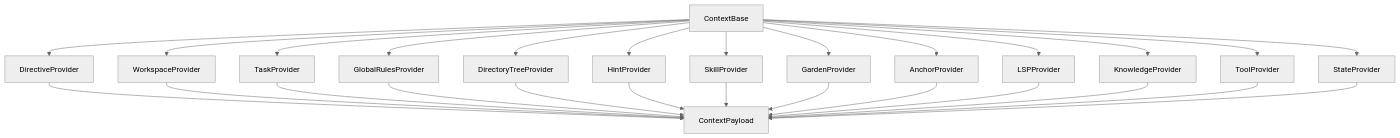
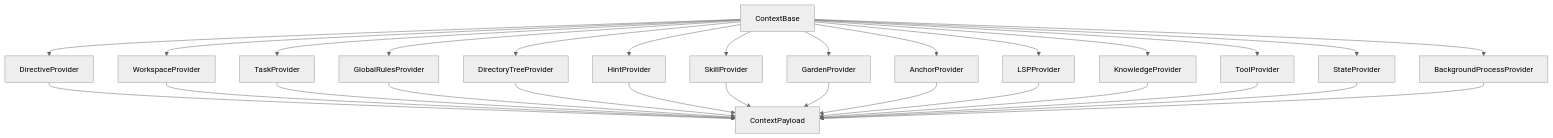
Before and after one commit to zc6600/aura: the diagram in docs/developer-guide/context-and-state.md, drawn with Mermaid (neutral theme). The commit also changed other lines of this file and 59 other files, not shown here.

Commit message:
chore: sync local codebase updates, daemon robustness fixes, diagrams, and tests

````diff
--- a/docs/developer-guide/context-and-state.md
+++ b/docs/developer-guide/context-and-state.md
@@ -54,30 +54,32 @@
 ```mermaid
 graph TD
     Base[ContextBase] --> DP[DirectiveProvider]
     Base --> WP[WorkspaceProvider]
     Base --> TK[TaskProvider]
     Base --> GRP[GlobalRulesProvider]
     Base --> DTP[DirectoryTreeProvider]
     Base --> HP[HintProvider]
     Base --> SkP[SkillProvider]
     Base --> GP[GardenProvider]
     Base --> AP[AnchorProvider]
     Base --> LSP[LSPProvider]
     Base --> KP[KnowledgeProvider]
     Base --> TP[ToolProvider]
     Base --> SP[StateProvider]
+    Base --> BPP[BackgroundProcessProvider]
     
     DP --> Payload[ContextPayload]
     WP --> Payload
     TK --> Payload
     GRP --> Payload
     DTP --> Payload
     HP --> Payload
     SkP --> Payload
     GP --> Payload
     AP --> Payload
     LSP --> Payload
     KP --> Payload
     TP --> Payload
     SP --> Payload
+    BPP --> Payload
 ```
````
